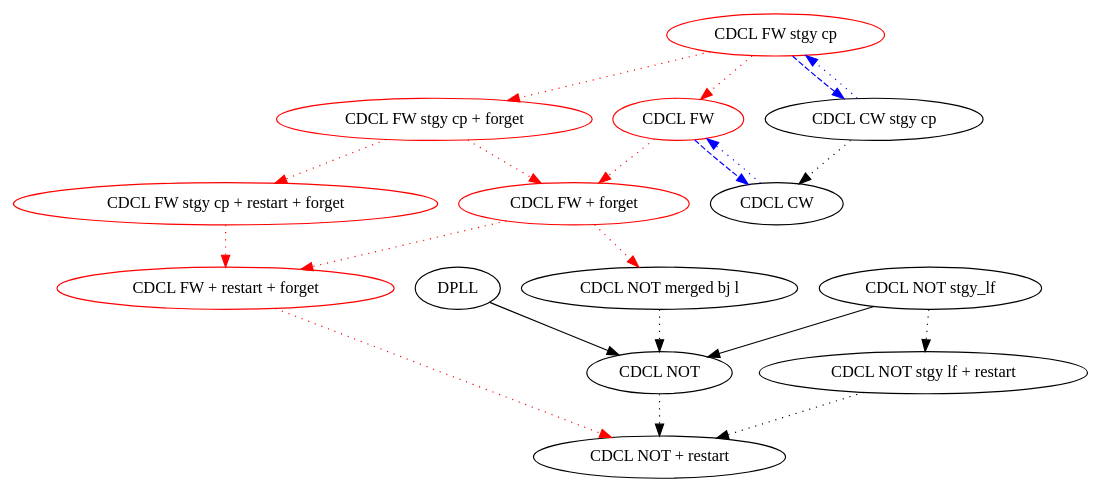
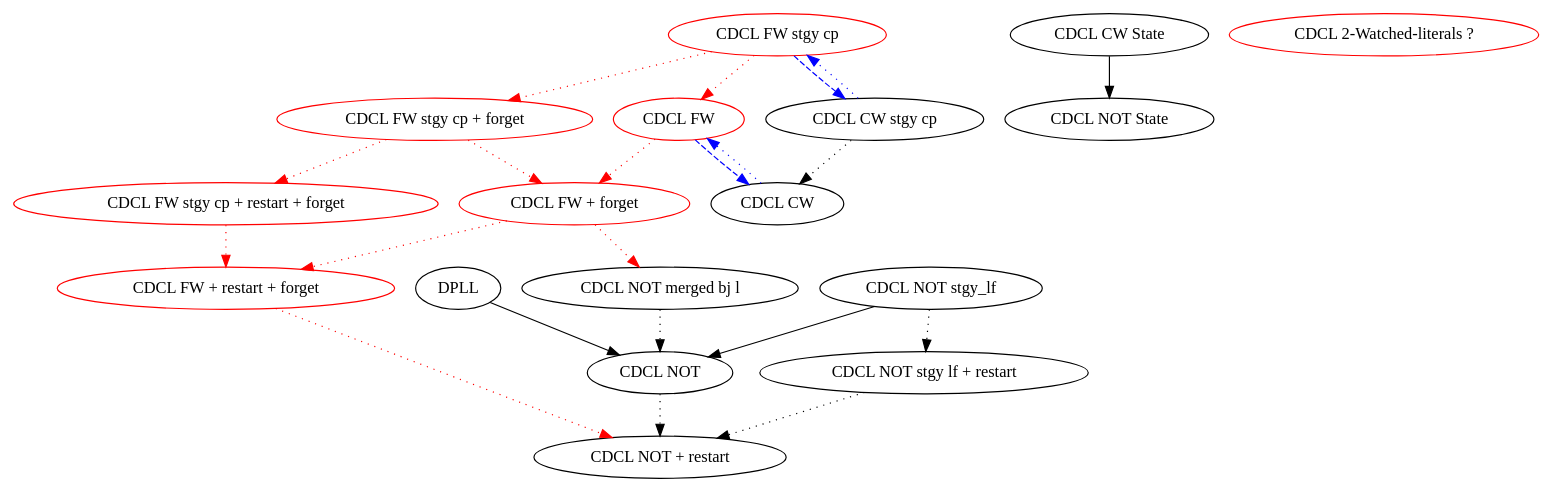
The diagram in Weidenbach_Book/CDCL.dot (IsaFoL/IsaFoL), drawn with Graphviz before and after one commit.

Commit message:
more CDCL.dot

```diff
--- a/Weidenbach_Book/CDCL.dot
+++ b/Weidenbach_Book/CDCL.dot
@@ -1,46 +1,54 @@
 //dot -o CDCL.pdf -Tpdf CDCL.dot
 digraph CDCL {
 	CDCL_NOT_restart [label = "CDCL NOT + restart"];
 	CDCL_NOT [label = "CDCL NOT"];
 	CDCL_NOT_stgy [label = "CDCL NOT stgy_lf"];
 	CDCL_NOT_stgy_restart[label = "CDCL NOT stgy lf + restart"];
 	CDCL_NOT_merged [label = "CDCL NOT merged bj l"];
 	DPLL [label = "DPLL"];
 
 	CDCL_NOT_stgy -> CDCL_NOT;
 	CDCL_NOT -> CDCL_NOT_restart [style = dotted];
 	CDCL_NOT_stgy -> CDCL_NOT_stgy_restart [style = dotted];
 	CDCL_NOT_stgy_restart -> CDCL_NOT_restart [style = dotted];
 	DPLL -> CDCL_NOT;
 
 	CDCL_NOT_merged -> CDCL_NOT [style =dotted];
 
 
    	CDCL_FW [label="CDCL FW", color=red];
 	CDCL_FW_stgy [label="CDCL FW stgy cp", color=red];
 	CDCL_FW_forget [label="CDCL FW + forget", color=red];
 	CDCL_FW_stgy_forget [label="CDCL FW stgy cp + forget", color=red];
 
 	CDCL_FW_restart_forget [label = "CDCL FW + restart + forget", color=red];
 	CDCL_FW_stgy_restart_forget [label = "CDCL FW stgy cp + restart + forget", color=red];
 
 	CDCL_FW_stgy_forget -> CDCL_FW_stgy_restart_forget -> CDCL_FW_restart_forget [style
 	= dotted, color=red];
 	CDCL_FW_forget -> CDCL_NOT_merged [style = dotted, color=red];
 	CDCL_FW_stgy_forget -> CDCL_FW_forget [style = dotted, color=red];
 	CDCL_FW_forget -> CDCL_FW_restart_forget [style = dotted, color=red];
 	CDCL_FW_restart_forget -> CDCL_NOT_restart [style = dotted, color =red];
         CDCL_FW_stgy -> CDCL_FW_stgy_forget [style=dotted, color=red];
 	CDCL_FW -> CDCL_FW_forget [style=dotted, color=red];
 	CDCL_FW_stgy ->  CDCL_FW[style=dotted, color=red];
 
 	CDCL_CW [label = "CDCL CW"];
 	CDCL_CW_stgy [label = "CDCL CW stgy cp"];
 	CDCL_CW_stgy -> CDCL_CW[style=dotted];
 	CDCL_CW -> CDCL_FW[color=blue, style=dotted];
 	CDCL_FW -> CDCL_CW[color=blue, style=dashed];
 
 	CDCL_CW_stgy -> CDCL_FW_stgy[color=blue, style=dotted];
 	CDCL_FW_stgy -> CDCL_CW_stgy[color=blue, style=dashed];
 
+
+	CDCL_NOT_state [label = "CDCL NOT State"];
+	CDCL_CW_state [label = "CDCL CW State"];
+
+	CDCL_CW_state -> CDCL_NOT_state;
+	
+	CDCL_WL [label = "CDCL 2-Watched-literals ?", color = red];
+
 }
```
